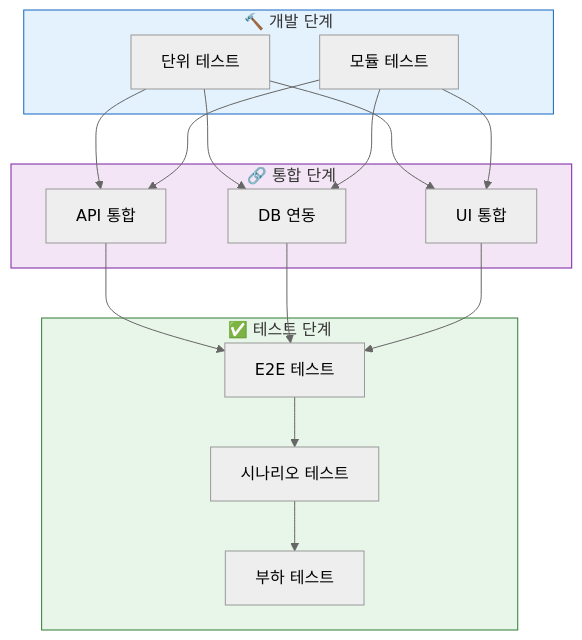
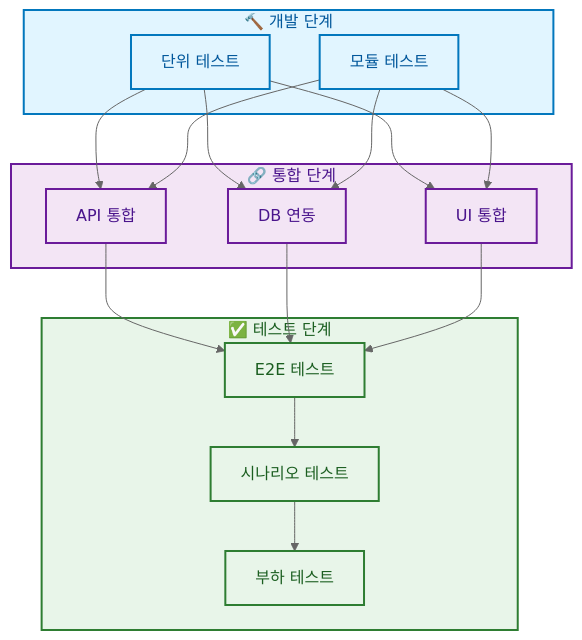
Before and after one commit to AIBootcamp14/langchainproject-new-langchainproject_5: the fourth of 6 diagrams in docs/PPT/03_개발_및_구현.md, drawn with Mermaid (neutral theme). The commit also changed other lines of this file and 5 other files, not shown here.

First line of the commit message:
style(docs): PPT 문서에 mermaid 스타일 가이드 적용

````diff
--- a/docs/PPT/03_개발_및_구현.md
+++ b/docs/PPT/03_개발_및_구현.md
@@ -237,27 +262,38 @@
 ```mermaid
 graph TB
     subgraph Development["🔨 개발 단계"]
         D1[단위 테스트]
         D2[모듈 테스트]
     end
 
     subgraph Integration["🔗 통합 단계"]
         I1[API 통합]
         I2[DB 연동]
         I3[UI 통합]
     end
 
     subgraph Testing["✅ 테스트 단계"]
         T1[E2E 테스트]
         T2[시나리오 테스트]
         T3[부하 테스트]
     end
 
     D1 & D2 --> I1 & I2 & I3
     I1 & I2 & I3 --> T1
     T1 --> T2 --> T3
 
-    style Development fill:#e3f2fd,stroke:#1565c0
-    style Integration fill:#f3e5f5,stroke:#7b1fa2
-    style Testing fill:#e8f5e9,stroke:#2e7d32
+    style Development fill:#e1f5ff,stroke:#0277bd,stroke-width:2px,color:#01579b
+    style Integration fill:#f3e5f5,stroke:#6a1b9a,stroke-width:2px,color:#4a148c
+    style Testing fill:#e8f5e9,stroke:#2e7d32,stroke-width:2px,color:#1b5e20
+
+    style D1 fill:#e1f5ff,stroke:#0277bd,stroke-width:2px,color:#01579b
+    style D2 fill:#e1f5ff,stroke:#0277bd,stroke-width:2px,color:#01579b
+
+    style I1 fill:#f3e5f5,stroke:#6a1b9a,stroke-width:2px,color:#4a148c
+    style I2 fill:#f3e5f5,stroke:#6a1b9a,stroke-width:2px,color:#4a148c
+    style I3 fill:#f3e5f5,stroke:#6a1b9a,stroke-width:2px,color:#4a148c
+
+    style T1 fill:#e8f5e9,stroke:#2e7d32,stroke-width:2px,color:#1b5e20
+    style T2 fill:#e8f5e9,stroke:#2e7d32,stroke-width:2px,color:#1b5e20
+    style T3 fill:#e8f5e9,stroke:#2e7d32,stroke-width:2px,color:#1b5e20
 ```
````
